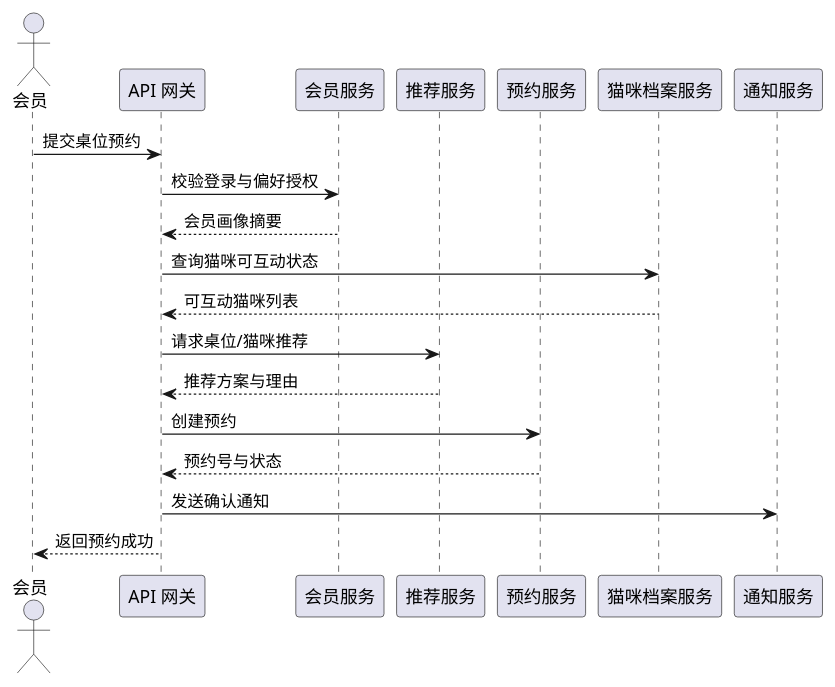
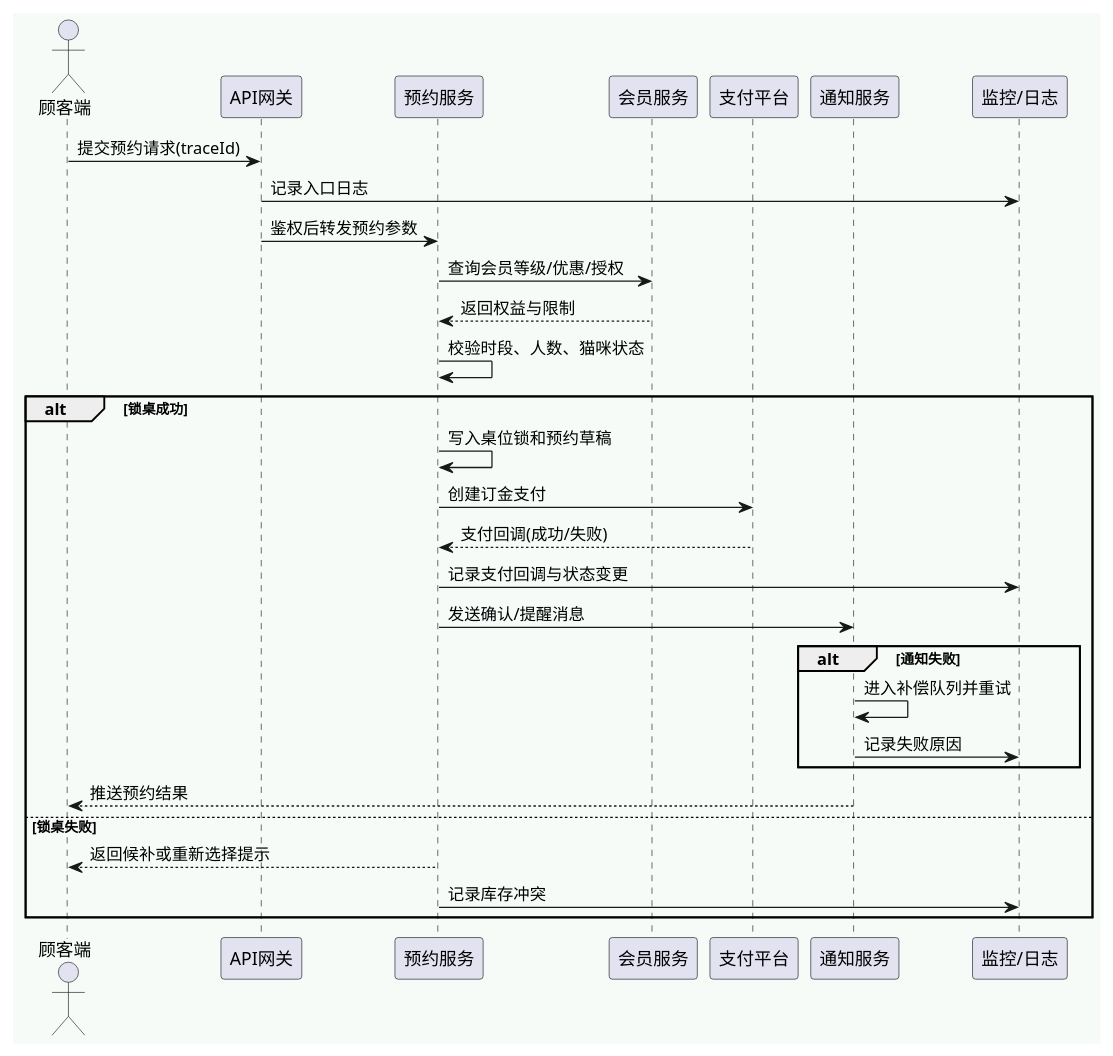
The diagram in 实验一_智能化需求工程与UML建模/D1-4_UML模型集/sequence/跨服务调用顺序图.puml (EridanusQ/BJFU-SoftwareEngineer), drawn with PlantUML before and after one commit. The commit also changed 40 other files, not shown here.

Commit message:
docs(lab1): polish D1-4 UML and D1-5 traceability

```diff
--- a/实验一_智能化需求工程与UML建模/D1-4_UML模型集/sequence/跨服务调用顺序图.puml
+++ b/实验一_智能化需求工程与UML建模/D1-4_UML模型集/sequence/跨服务调用顺序图.puml
@@ -1,20 +1,33 @@
 @startuml
-actor "会员" as Member
-participant "API 网关" as Gateway
+skinparam backgroundColor #F6FBF8
+skinparam shadowing false
+skinparam defaultFontName Microsoft YaHei
+actor "顾客端" as Client
+participant "API网关" as Gateway
+participant "预约服务" as Reserve
 participant "会员服务" as MemberSvc
-participant "推荐服务" as RecSvc
-participant "预约服务" as ReservationSvc
-participant "猫咪档案服务" as CatSvc
-participant "通知服务" as Notify
-Member -> Gateway: 提交桌位预约
-Gateway -> MemberSvc: 校验登录与偏好授权
-MemberSvc --> Gateway: 会员画像摘要
-Gateway -> CatSvc: 查询猫咪可互动状态
-CatSvc --> Gateway: 可互动猫咪列表
-Gateway -> RecSvc: 请求桌位/猫咪推荐
-RecSvc --> Gateway: 推荐方案与理由
-Gateway -> ReservationSvc: 创建预约
-ReservationSvc --> Gateway: 预约号与状态
-Gateway -> Notify: 发送确认通知
-Gateway --> Member: 返回预约成功
+participant "支付平台" as Pay
+participant "通知服务" as Msg
+participant "监控/日志" as Obs
+Client -> Gateway: 提交预约请求(traceId)
+Gateway -> Obs: 记录入口日志
+Gateway -> Reserve: 鉴权后转发预约参数
+Reserve -> MemberSvc: 查询会员等级/优惠/授权
+MemberSvc --> Reserve: 返回权益与限制
+Reserve -> Reserve: 校验时段、人数、猫咪状态
+alt 锁桌成功
+  Reserve -> Reserve: 写入桌位锁和预约草稿
+  Reserve -> Pay: 创建订金支付
+  Pay --> Reserve: 支付回调(成功/失败)
+  Reserve -> Obs: 记录支付回调与状态变更
+  Reserve -> Msg: 发送确认/提醒消息
+  alt 通知失败
+    Msg -> Msg: 进入补偿队列并重试
+    Msg -> Obs: 记录失败原因
+  end
+  Msg --> Client: 推送预约结果
+else 锁桌失败
+  Reserve --> Client: 返回候补或重新选择提示
+  Reserve -> Obs: 记录库存冲突
+end
 @enduml
```
